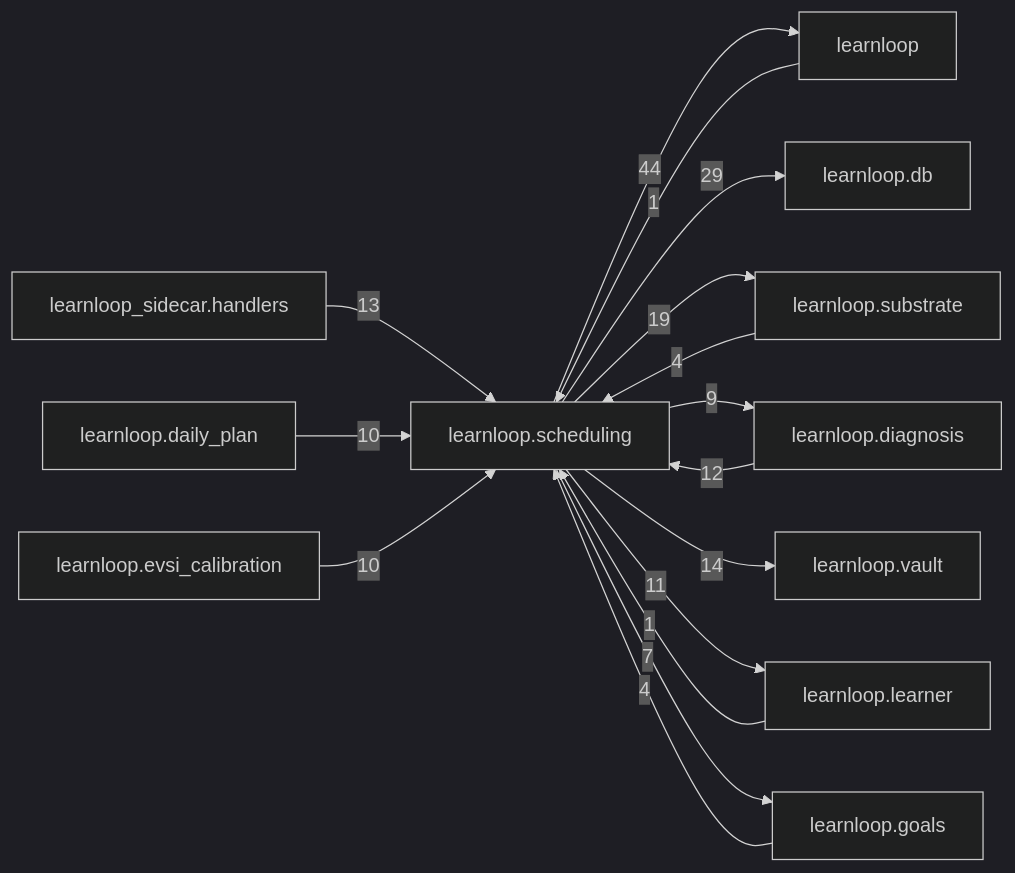
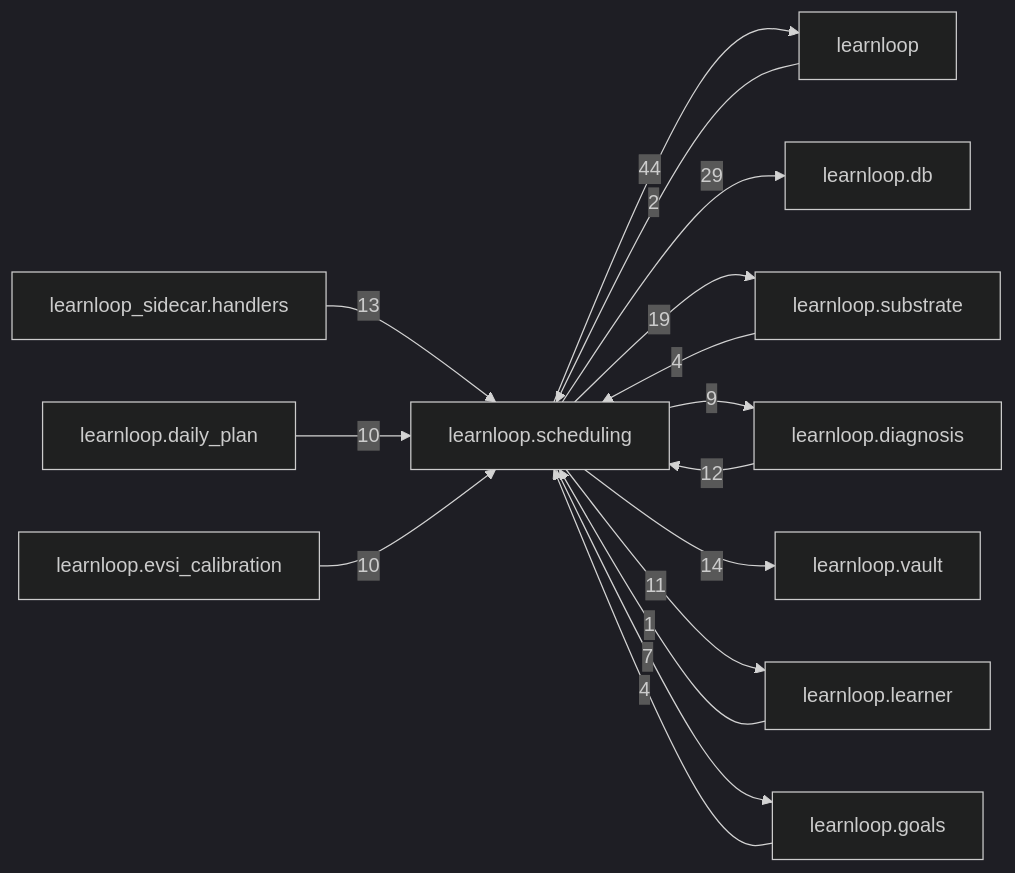
Before and after one commit to 6up-b/learnanything: the diagram in docs/learnloop-architecture-vault/Reference/Modules/learnloop/scheduling/_package.md, drawn with Mermaid (dark theme). The commit also changed other lines of this file and 590 other files, not shown here.

````diff
--- a/docs/learnloop-architecture-vault/Reference/Modules/learnloop/scheduling/_package.md
+++ b/docs/learnloop-architecture-vault/Reference/Modules/learnloop/scheduling/_package.md
@@ -184,29 +185,29 @@
 ```mermaid
 flowchart LR
     center["learnloop.scheduling"]
     n_learnloop["learnloop"]
     n_learnloop_db["learnloop.db"]
     n_learnloop_substrate["learnloop.substrate"]
     n_learnloop_diagnosis["learnloop.diagnosis"]
     n_learnloop_vault["learnloop.vault"]
     n_learnloop_sidecar_handlers["learnloop_sidecar.handlers"]
     n_learnloop_learner["learnloop.learner"]
     n_learnloop_goals["learnloop.goals"]
     n_learnloop_daily_plan["learnloop.daily_plan"]
     n_learnloop_evsi_calibration["learnloop.evsi_calibration"]
-    n_learnloop -->|1| center
+    n_learnloop -->|2| center
     center -->|44| n_learnloop
     center -->|29| n_learnloop_db
     n_learnloop_substrate -->|4| center
     center -->|19| n_learnloop_substrate
     n_learnloop_diagnosis -->|12| center
     center -->|9| n_learnloop_diagnosis
     center -->|14| n_learnloop_vault
     n_learnloop_sidecar_handlers -->|13| center
     n_learnloop_learner -->|1| center
     center -->|11| n_learnloop_learner
     n_learnloop_goals -->|4| center
     center -->|7| n_learnloop_goals
     n_learnloop_daily_plan -->|10| center
     n_learnloop_evsi_calibration -->|10| center
 ```
````
